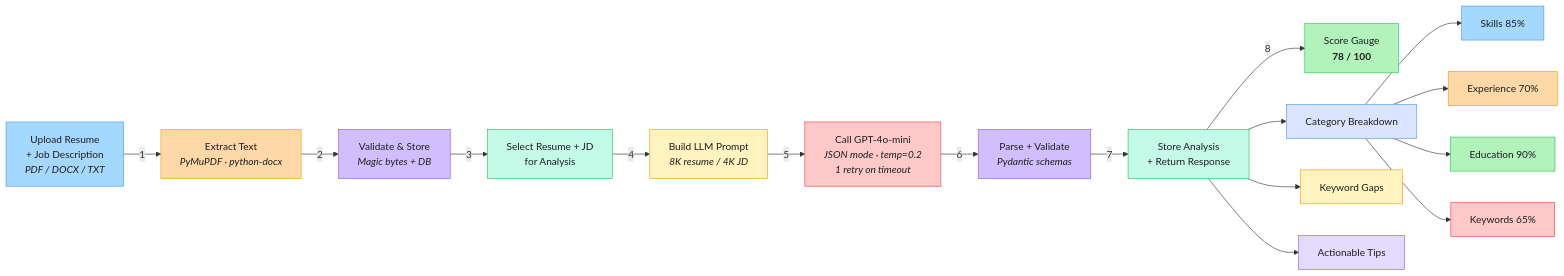
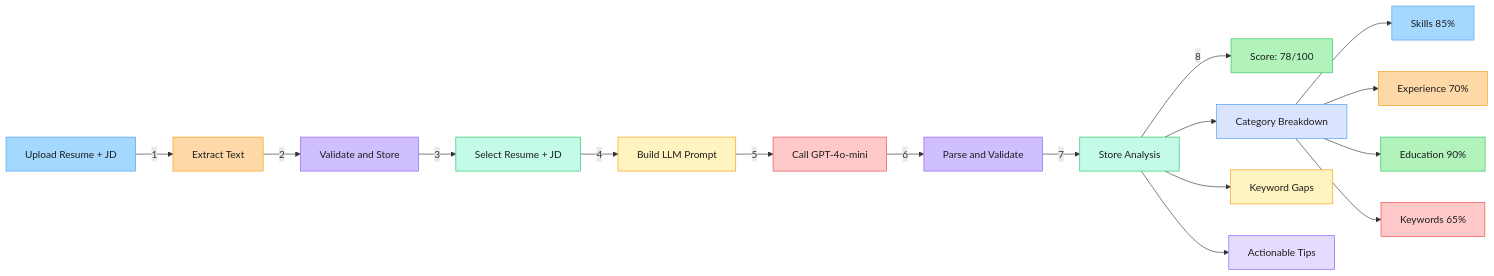
The second of 2 diagrams in README.md (soneeee22000/DocuQuery-dev), drawn with Mermaid before and after one commit. The commit also changed other lines of this file and 1 other file, not shown here.

First line of the commit message:
fix: mermaid diagram syntax for v8.8.0 compatibility

````diff
--- a/README.md
+++ b/README.md
@@ -83,37 +79,37 @@
 ```mermaid
 graph LR
-    A["Upload Resume<br/>+ Job Description<br/><i>PDF / DOCX / TXT</i>"] -->|1| B["Extract Text<br/><i>PyMuPDF · python-docx</i>"]
-    B -->|2| C["Validate & Store<br/><i>Magic bytes + DB</i>"]
-    C -->|3| D["Select Resume + JD<br/>for Analysis"]
-    D -->|4| E["Build LLM Prompt<br/><i>8K resume / 4K JD</i>"]
-    E -->|5| F["Call GPT-4o-mini<br/><i>JSON mode · temp=0.2</i><br/><i>1 retry on timeout</i>"]
-    F -->|6| G["Parse + Validate<br/><i>Pydantic schemas</i>"]
-    G -->|7| H["Store Analysis<br/>+ Return Response"]
+    A[Upload Resume + JD] -->|1| B[Extract Text]
+    B -->|2| C[Validate and Store]
+    C -->|3| D[Select Resume + JD]
+    D -->|4| E[Build LLM Prompt]
+    E -->|5| F[Call GPT-4o-mini]
+    F -->|6| G[Parse and Validate]
+    G -->|7| H[Store Analysis]
 
-    H -->|8| I["Score Gauge<br/><b>78 / 100</b>"]
-    H --> J["Category Breakdown"]
-    H --> K["Keyword Gaps"]
-    H --> L["Actionable Tips"]
+    H -->|8| I[Score: 78/100]
+    H --> J[Category Breakdown]
+    H --> K[Keyword Gaps]
+    H --> L[Actionable Tips]
 
-    J --> J1["Skills 85%"]
-    J --> J2["Experience 70%"]
-    J --> J3["Education 90%"]
-    J --> J4["Keywords 65%"]
+    J --> J1[Skills 85%]
+    J --> J2[Experience 70%]
+    J --> J3[Education 90%]
+    J --> J4[Keywords 65%]
 
     style A fill:#a5d8ff,stroke:#4a9eed,color:#1e1e1e
     style B fill:#ffd8a8,stroke:#f59e0b,color:#1e1e1e
     style C fill:#d0bfff,stroke:#8b5cf6,color:#1e1e1e
     style D fill:#c3fae8,stroke:#22c55e,color:#1e1e1e
     style E fill:#fff3bf,stroke:#f59e0b,color:#1e1e1e
     style F fill:#ffc9c9,stroke:#ef4444,color:#1e1e1e
     style G fill:#d0bfff,stroke:#8b5cf6,color:#1e1e1e
     style H fill:#c3fae8,stroke:#22c55e,color:#1e1e1e
     style I fill:#b2f2bb,stroke:#22c55e,color:#1e1e1e
     style J fill:#dbe4ff,stroke:#4a9eed,color:#1e1e1e
     style K fill:#fff3bf,stroke:#f59e0b,color:#1e1e1e
     style L fill:#e5dbff,stroke:#8b5cf6,color:#1e1e1e
     style J1 fill:#a5d8ff,stroke:#4a9eed,color:#1e1e1e
     style J2 fill:#ffd8a8,stroke:#f59e0b,color:#1e1e1e
     style J3 fill:#b2f2bb,stroke:#22c55e,color:#1e1e1e
     style J4 fill:#ffc9c9,stroke:#ef4444,color:#1e1e1e
 ```
````
